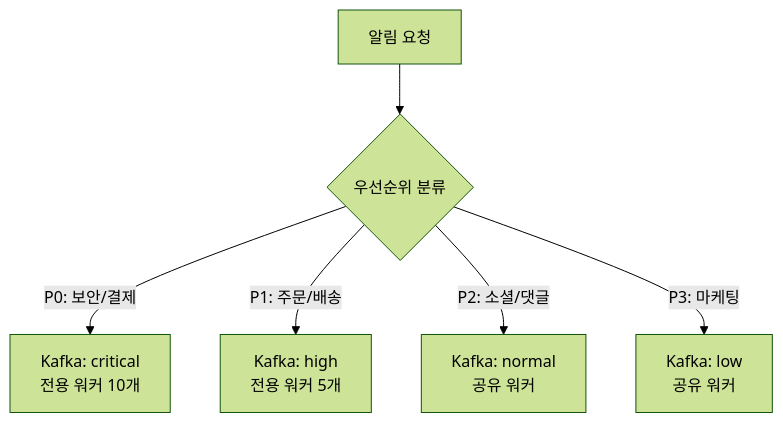
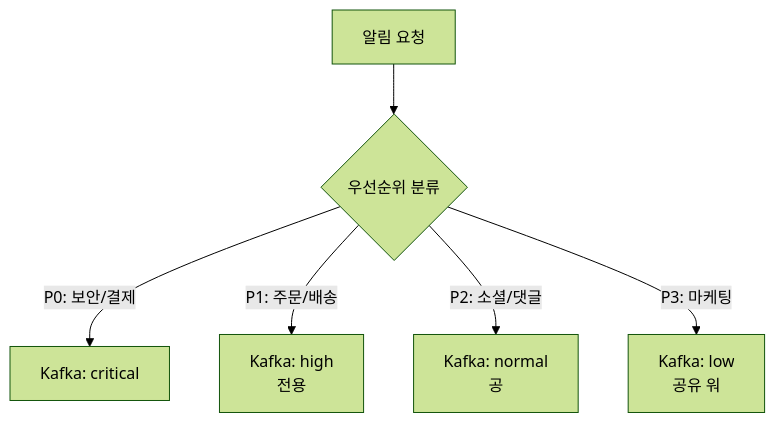
The fourth of 6 diagrams in _posts/systemdesign/2026-05-02-system-design-notification.md (yjkim2015/yjkim2015.github.io), drawn with Mermaid (forest theme) before and after one commit. The commit also changed other lines of this file and 271 other files, not shown here.

First line of the commit message:
Mermaid 라벨 축소: 긴 노드 텍스트 18자 이하로 트림 + \n 제거

````diff
--- a/_posts/systemdesign/2026-05-02-system-design-notification.md
+++ b/_posts/systemdesign/2026-05-02-system-design-notification.md
@@ -137,8 +137,8 @@
 ```mermaid
 graph TD
     Notif["알림 요청"] --> Classify{"우선순위 분류"}
-    Classify -->|"P0: 보안/결제"| P0["Kafka: critical<br>전용 워커 10개"]
-    Classify -->|"P1: 주문/배송"| P1["Kafka: high<br>전용 워커 5개"]
-    Classify -->|"P2: 소셜/댓글"| P2["Kafka: normal<br>공유 워커"]
-    Classify -->|"P3: 마케팅"| P3["Kafka: low<br>공유 워커"]
+    Classify -->|"P0: 보안/결제"| P0["Kafka: critical<br"]
+    Classify -->|"P1: 주문/배송"| P1["Kafka: high<br>전용"]
+    Classify -->|"P2: 소셜/댓글"| P2["Kafka: normal<br>공"]
+    Classify -->|"P3: 마케팅"| P3["Kafka: low<br>공유 워"]
 ```
````
